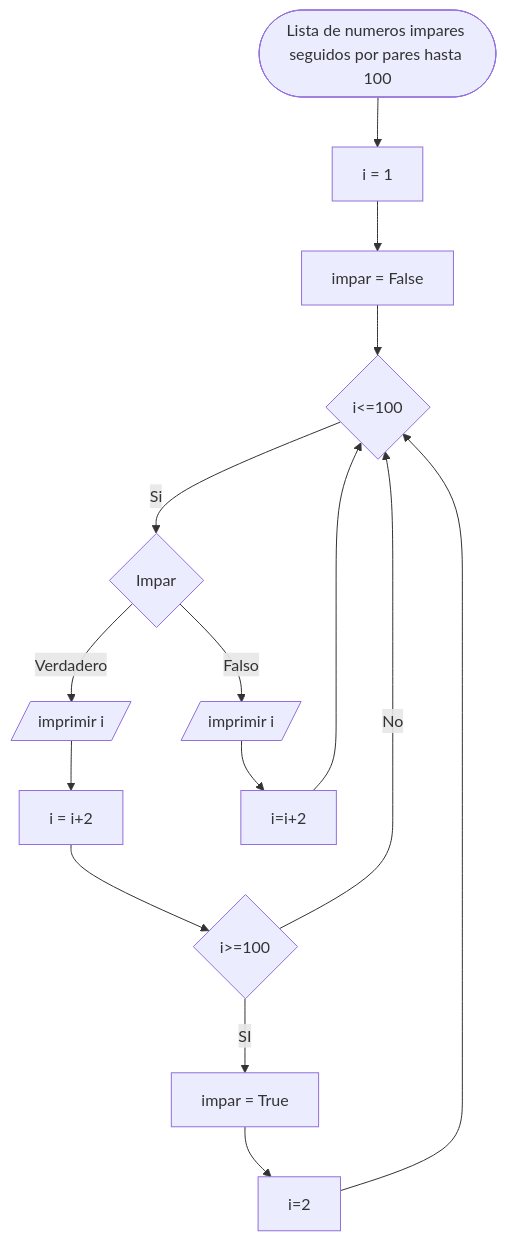
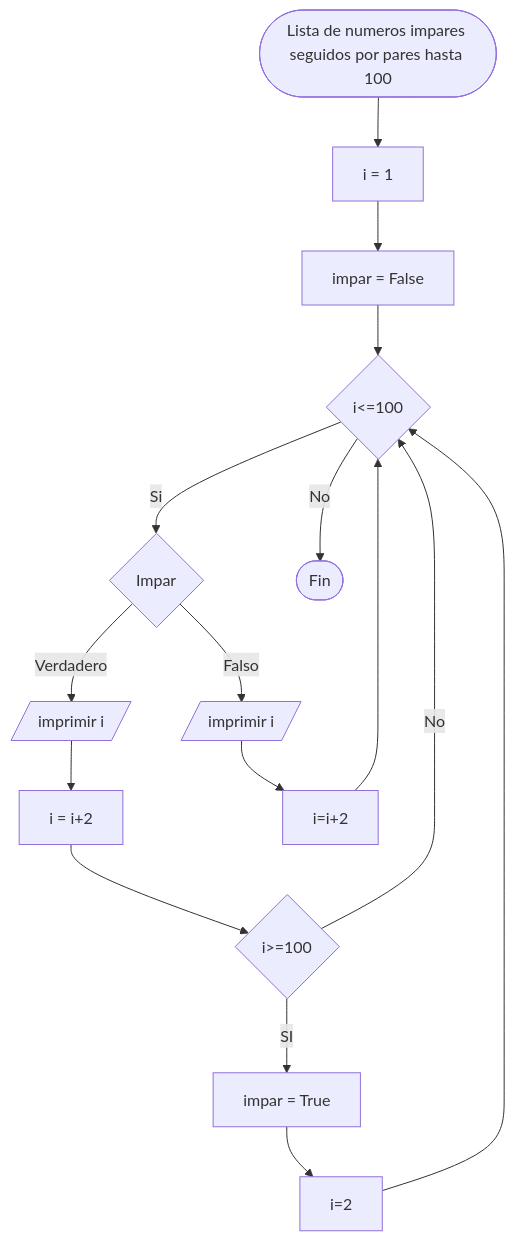
The second of 3 diagrams in README.md (CarrilloMalcom/Reto-07), drawn with Mermaid before and after one commit. The commit also changed other lines of this file, not shown here.

````diff
--- a/README.md
+++ b/README.md
@@ -25,17 +25,18 @@
 ```mermaid
 flowchart TD
     A([Lista de numeros impares seguidos por pares hasta 100]) --> B[i = 1]
     B --> C[impar = False]
     C -->D{i<=100}
     D -->|Si|E{Impar}
     E --> |Verdadero| F[/imprimir i/]
     F --> G[i = i+2]
     G --> H{i>=100}
     H -->|No|D
     H --> |SI| I[impar = True]
     I -->J[i=2]
     J -->D
     E -->|Falso|L[/imprimir i/]
     L -->M[i=i+2]
     M -->D
+    D -->|No|N([Fin])
 ```
````
